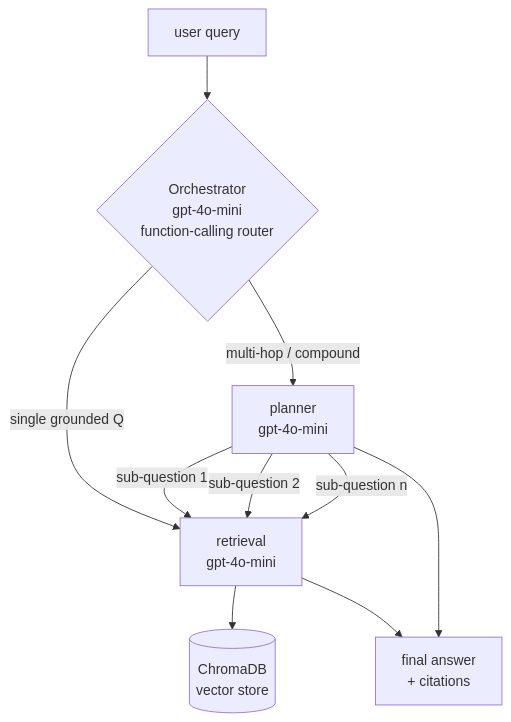
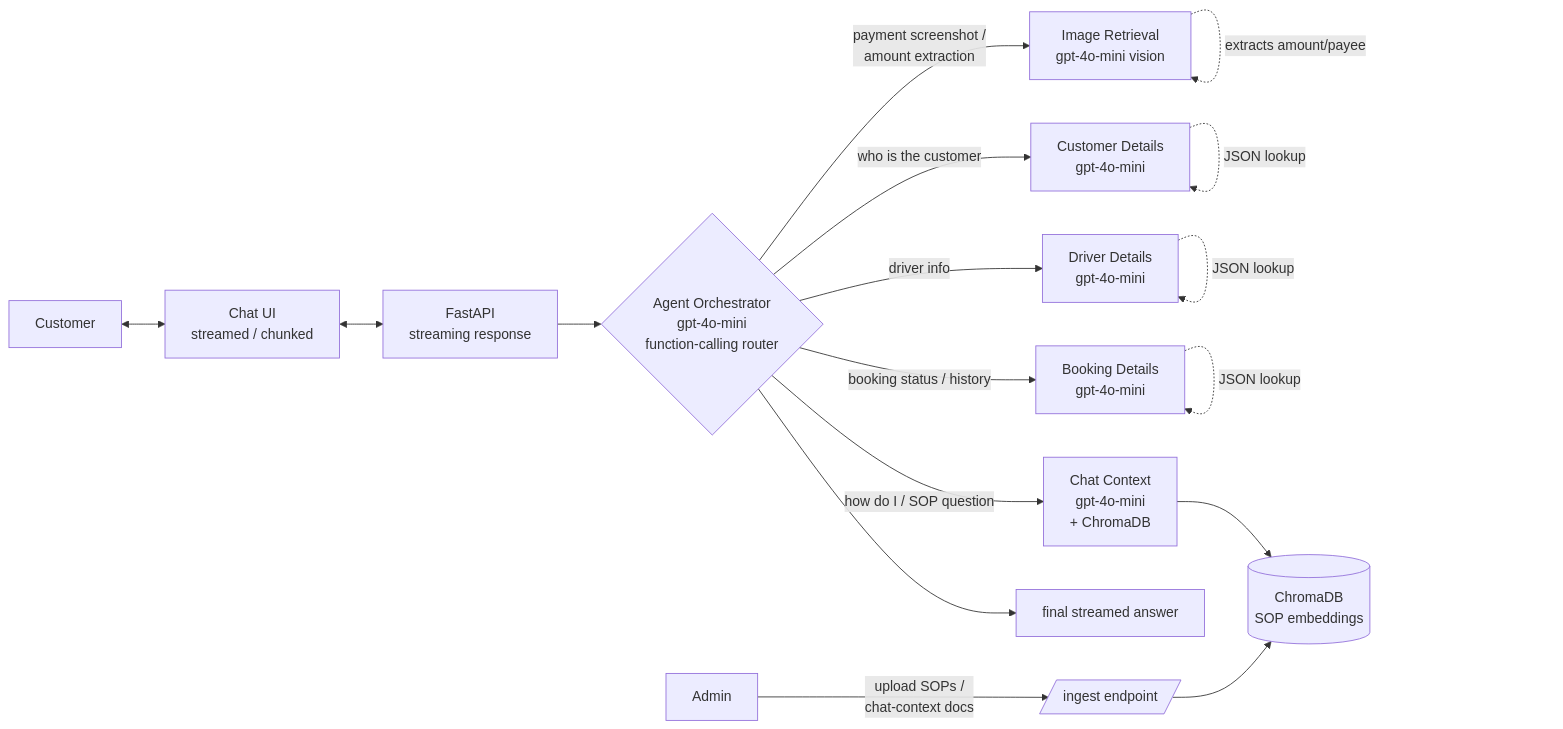
Before and after one commit to TheZenMind07/agentic-chat-system: the diagram in docs/plan.md, drawn with Mermaid. The commit also changed other lines of this file and 2 other files, not shown here.

First line of the commit message:
Update plan: customer-support architecture with 5 sub-agents

````diff
--- a/docs/plan.md
+++ b/docs/plan.md
@@ -8,12 +8,23 @@
 ```mermaid
-flowchart TD
-    Q[user query] --> O{Orchestrator<br/>gpt-4o-mini<br/>function-calling router}
-    O -->|multi-hop / compound| P[planner<br/>gpt-4o-mini]
-    O -->|single grounded Q| R[retrieval<br/>gpt-4o-mini]
-    P -->|sub-question 1| R
-    P -->|sub-question 2| R
-    P -->|sub-question n| R
-    R --> V[(ChromaDB<br/>vector store)]
-    R --> A[final answer<br/>+ citations]
-    P --> A
+flowchart LR
+    C[Customer] <--> UI[Chat UI<br/>streamed / chunked]
+    UI <--> API[FastAPI<br/>streaming response]
+    API --> O{Agent Orchestrator<br/>gpt-4o-mini<br/>function-calling router}
+
+    O -->|payment screenshot /<br/>amount extraction| IR[Image Retrieval<br/>gpt-4o-mini vision]
+    O -->|who is the customer| CD[Customer Details<br/>gpt-4o-mini]
+    O -->|driver info| DD[Driver Details<br/>gpt-4o-mini]
+    O -->|booking status / history| BD[Booking Details<br/>gpt-4o-mini]
+    O -->|how do I / SOP question| SOP[Chat Context<br/>gpt-4o-mini<br/>+ ChromaDB]
+
+    IR -.extracts amount/payee.-> IR
+    CD -.JSON lookup.-> CD
+    DD -.JSON lookup.-> DD
+    BD -.JSON lookup.-> BD
+    SOP --> V[(ChromaDB<br/>SOP embeddings)]
+
+    A[Admin] -->|upload SOPs /<br/>chat-context docs| ING[/ingest endpoint/]
+    ING --> V
+
+    O --> A2[final streamed answer]
 ```
````
